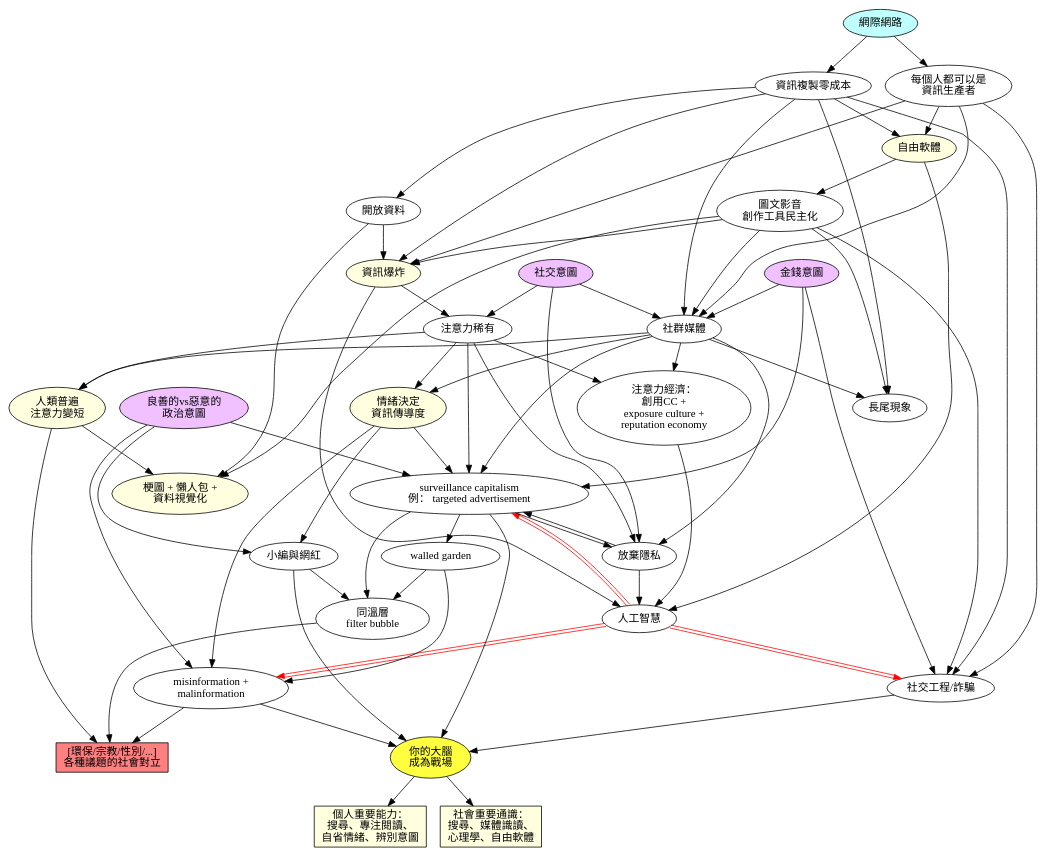
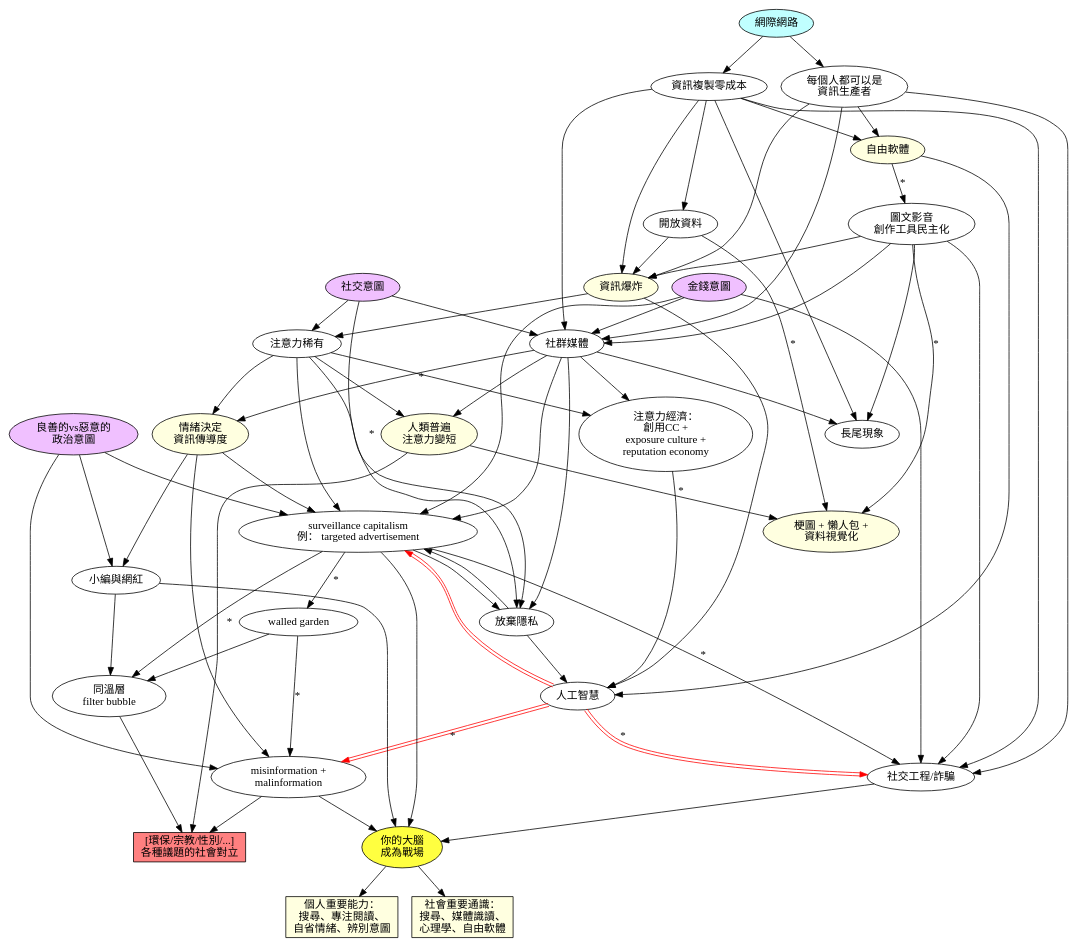
One commit to ckhung/ckhung.github.io changed the diagram in a/m/23/war-on-brain.dot. Above: the diagram before and after it, drawn with Graphviz. The commit also changed 1 other file, not shown here.

```diff
--- a/a/m/23/war-on-brain.dot
+++ b/a/m/23/war-on-brain.dot
@@ -1,58 +1,67 @@
 digraph "頭腦爭霸戰" {
 
     rankdir = TB;
     overlap = scale;
 
     social_motivation [ label="社交意圖"; style=filled; fillcolor="#f0c0ff" ];
     monetary_motivation [ label="金錢意圖"; style=filled; fillcolor="#f0c0ff" ];
     political_motivation [ label="良善的vs惡意的\n政治意圖"; style=filled; fillcolor="#f0c0ff" ];
     internet [ label="網際網路" style=filled; fillcolor="#c0ffff" ];
     copy_cost_0 [ label="資訊複製零成本" ];
     open_data [ label="開放資料" ];
     everone_producer [ label="每個人都可以是\n資訊生產者" ];
     free_software [ label="自由軟體"; style=filled; fillcolor="#ffffe0" ];
     dem_prod_tool [ label="圖文影音\n創作工具民主化" ];
     info_explosion [ label="資訊爆炸"; style=filled; fillcolor="#ffffe0" ];
     attention_scarcity [ label="注意力稀有" ];
     social_media [ label="社群媒體" ];
     emotion [ label="情緒決定\n資訊傳導度"; style=filled; fillcolor="#ffffe0" ];
     attention_span [ label="人類普遍\n注意力變短"; style=filled; fillcolor="#ffffe0" ];
     visualization [ label="梗圖 + 懶人包 +\n資料視覺化"; style=filled; fillcolor="#ffffe0" ];
     long_tail [ label="長尾現象" ];
     artificial_intelligence [ label="人工智慧" ];
     attention_economy [ label="注意力經濟：\n創用CC +\nexposure culture +\nreputation economy" ];
     misinformation [ label="misinformation +\nmalinformation" ];
     giving_up_privacy [ label="放棄隱私" ];
     filter_bubble [ label="同溫層\nfilter bubble" ];
     surveillance_capitalism [ label="surveillance capitalism\n例： targeted advertisement" ];
     walled_garden [ label="walled garden" ];
     social_engineering [ label="社交工程/詐騙" ];
     kol [ label="小編與網紅" ];
     your_brain [ label="你的大腦\n成為戰場"; style=filled; fillcolor="#ffff40" ];
     conflict [ shape=rectangle; label="[環保/宗教/性別/...]\n各種議題的社會對立"; style=filled; fillcolor="#ff8080"; ];
     important_personal [ shape=rectangle; label="個人重要能力：\n搜尋、專注閱讀、\n自省情緒、辨別意圖"; style=filled; fillcolor="#ffffe0" ];
     important_societal [ shape=rectangle; label="社會重要通識：\n搜尋、媒體識讀、\n心理學、自由軟體"; style=filled; fillcolor="#ffffe0" ];
 
     # # # # # # # # # # # # # # # # # # # # 
 
-    internet -> { copy_cost_0 everone_producer } ->
-	free_software -> dem_prod_tool;
+    internet -> { copy_cost_0 everone_producer } -> free_software;
+    free_software -> dem_prod_tool [ label="*"; labeltooltip="inkscape\ngimp\naudacity" ];
     { everone_producer copy_cost_0 dem_prod_tool } -> { info_explosion social_engineering };
     { social_motivation info_explosion } -> attention_scarcity;
     { social_motivation dem_prod_tool everone_producer copy_cost_0 } -> social_media;
     { dem_prod_tool copy_cost_0 social_media } -> long_tail;
-    { attention_scarcity social_media } -> { attention_economy emotion attention_span giving_up_privacy };
-    copy_cost_0 -> open_data -> { info_explosion visualization };
-    { attention_span dem_prod_tool } -> visualization;
-    social_motivation -> giving_up_privacy;
+    attention_scarcity -> { attention_economy emotion attention_span giving_up_privacy };
+    social_media -> { attention_economy attention_span giving_up_privacy };
+    social_media -> emotion [ label="*"; labeltooltip="一個怒值五個讚" ];
+    copy_cost_0 -> open_data -> info_explosion;
+    open_data -> visualization [ label="*"; labeltooltip="Hans Rosling\nOWID" ];
+    dem_prod_tool -> visualization [ label="*"; labeltooltip="metabase\ngrafana\nplotly\ngnuplot\nscatplot" ];
+    attention_span -> visualization [ label="*"; labeltooltip="infographics\ninfomercial" ];
+    social_motivation -> giving_up_privacy [ label="*"; labeltooltip="FOMO\nzenly"; ];
     { free_software info_explosion attention_economy giving_up_privacy } -> artificial_intelligence;
     { monetary_motivation attention_scarcity social_media giving_up_privacy } -> surveillance_capitalism;
-    { surveillance_capitalism kol } -> filter_bubble;
+    kol -> filter_bubble;
+    surveillance_capitalism -> filter_bubble [ label="*"; labeltooltip="你也會喜歡" ];
     { filter_bubble attention_span misinformation } -> conflict;
     surveillance_capitalism -> giving_up_privacy;
-    surveillance_capitalism -> walled_garden -> { filter_bubble misinformation };
+    surveillance_capitalism -> walled_garden [ label="*"; labeltooltip="臉書\nline\n抖音\nbilibili" ];
+    surveillance_capitalism -> social_engineering [ label="*"; labeltooltip="黑市個資" ];
+    walled_garden -> misinformation [ label="*"; labeltooltip="臉書禁備份" ];
+    walled_garden -> filter_bubble;
     monetary_motivation -> { social_media social_engineering };
     { political_motivation emotion } -> { kol misinformation surveillance_capitalism }
-    artificial_intelligence -> { surveillance_capitalism; social_engineering; misinformation } [color="#ff0000:white:#ff0000"];
+    artificial_intelligence -> surveillance_capitalism [color="#ff0000:white:#ff0000"];
+    artificial_intelligence -> { misinformation social_engineering } [color="#ff0000:white:#ff0000" label="*"; labeltooltip="deepfake" ];
     { kol misinformation surveillance_capitalism social_engineering } -> your_brain -> { important_personal important_societal }
 }
```
